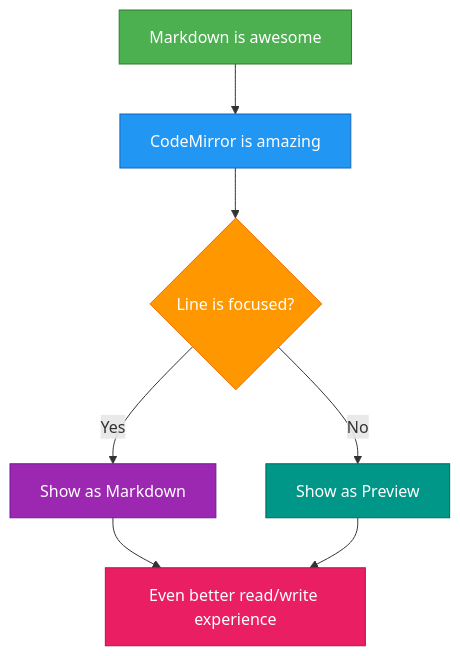
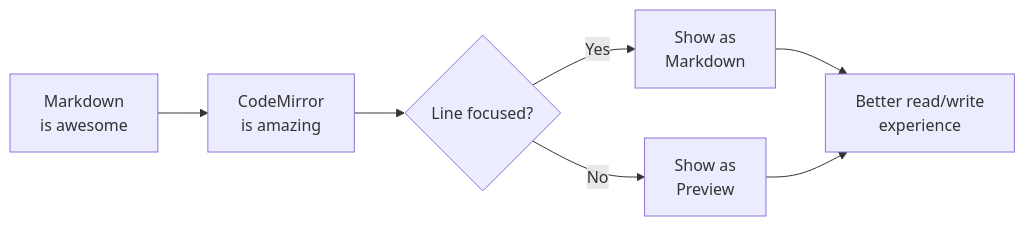
One commit to dwaynemcyrus/codemirror-markdown-wiki-yaml-extension changed the diagram in example.md. Above: the diagram before and after it, drawn with Mermaid.

Commit message:
Simplify Mermaid diagram: horizontal layout with text wrapping

````diff
--- a/example.md
+++ b/example.md
@@ -76,17 +76,9 @@
 ```mermaid
-flowchart TB
-    A[Markdown is awesome]
-    A --> B[CodeMirror is amazing]
-    B --> C{Line is focused?}
-    C -->|Yes| D[Show as Markdown]
-    C -->|No| E[Show as Preview]
-    D --> F[Even better read/write experience]
+flowchart LR
+    A[Markdown<br/>is awesome] --> B[CodeMirror<br/>is amazing]
+    B --> C{Line focused?}
+    C -->|Yes| D[Show as<br/>Markdown]
+    C -->|No| E[Show as<br/>Preview]
+    D --> F[Better read/write<br/>experience]
     E --> F
-
-    style A fill:#4CAF50,stroke:#2E7D32,color:#fff
-    style B fill:#2196F3,stroke:#1565C0,color:#fff
-    style C fill:#FF9800,stroke:#EF6C00,color:#fff
-    style D fill:#9C27B0,stroke:#6A1B9A,color:#fff
-    style E fill:#009688,stroke:#00695C,color:#fff
-    style F fill:#E91E63,stroke:#AD1457,color:#fff
 ```
````
